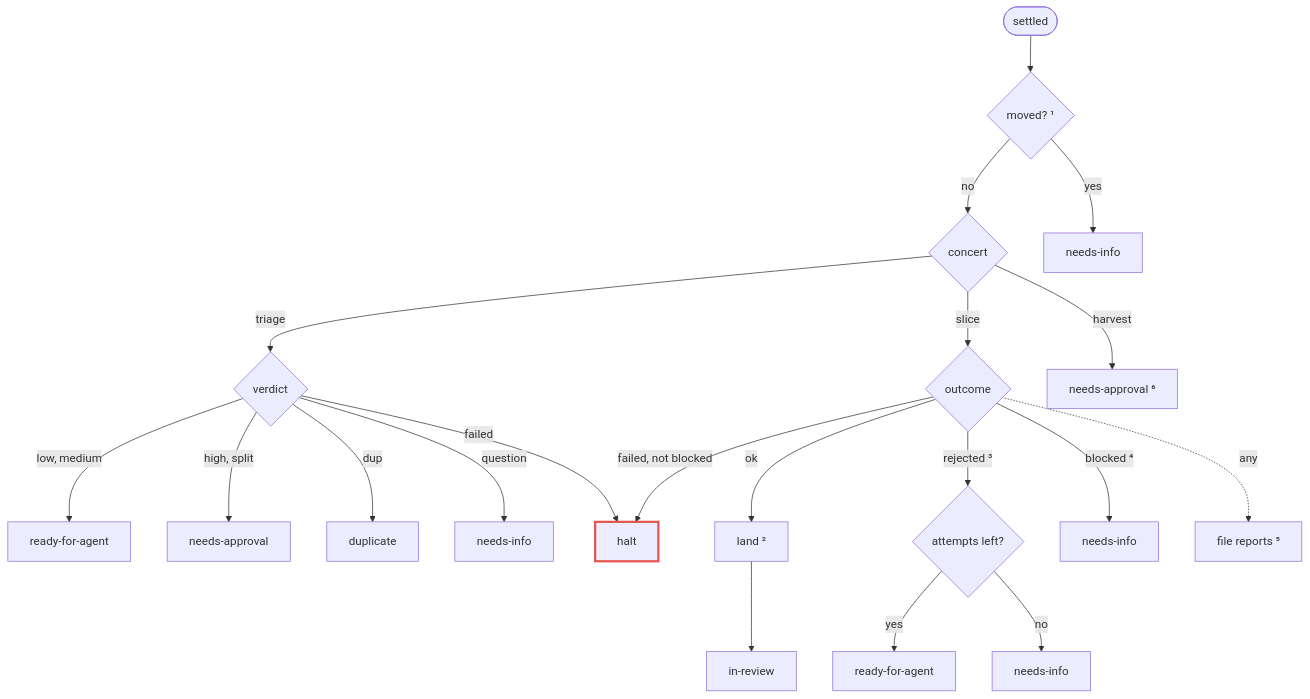
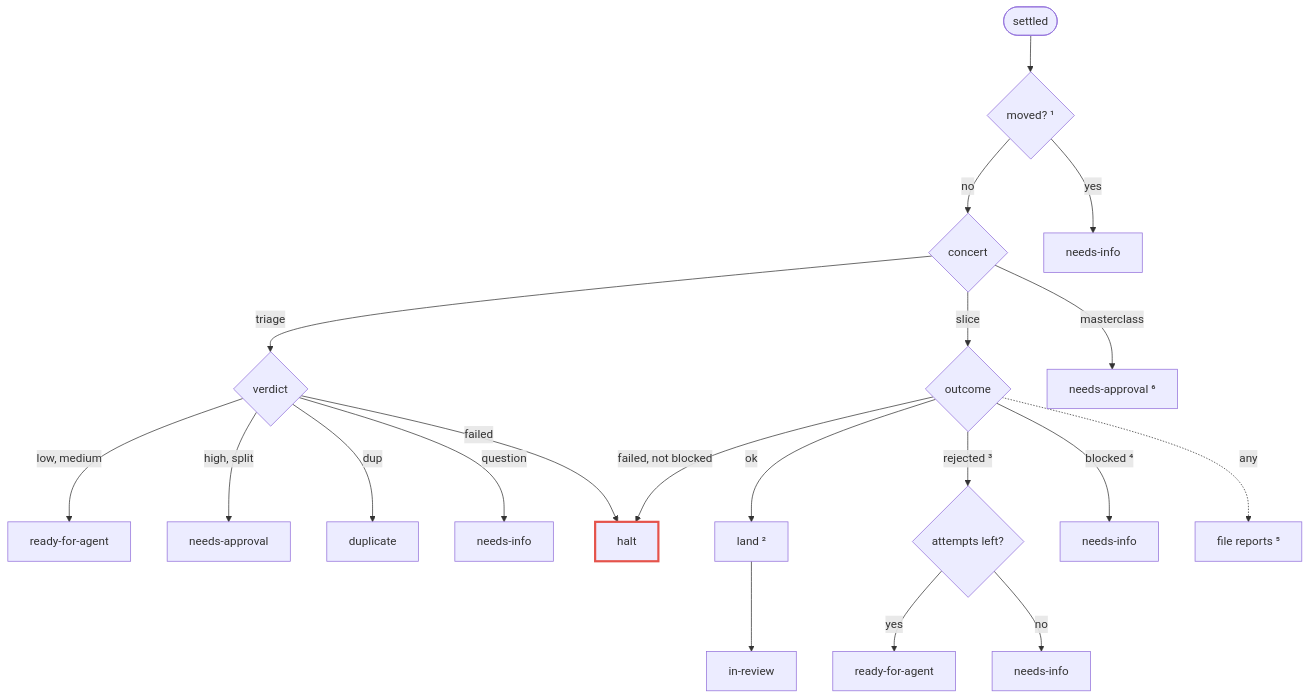
One commit to dvalnn/maestro changed the fourth of 5 diagrams in docs/agents/factory.md. Above: the diagram before and after it, drawn with Mermaid. The commit also changed other lines of this file and 11 other files, not shown here.

First line of the commit message:
refactor(factory): rename harvest to masterclass

````diff
--- a/docs/agents/factory.md
+++ b/docs/agents/factory.md
@@ -128,24 +128,24 @@
 ```mermaid
 flowchart TD
     S(["settled"]) --> M{"moved? ¹"}
     M -->|no| K{"concert"}
     K -->|triage| V{"verdict"}
     V -->|"low, medium"| RA["ready-for-agent"]
     V -->|"high, split"| NA["needs-approval"]
     V -->|dup| DU["duplicate"]
     V -->|question| NI1["needs-info"]
     V -->|failed| HALT
     K -->|slice| O{"outcome"}
     O -->|ok| LAND["land ²"] --> IR["in-review"]
     O -->|"rejected ³"| A{"attempts left?"}
     A -->|yes| RA2["ready-for-agent"]
     A -->|no| NI2["needs-info"]
     O -->|"blocked ⁴"| NI3["needs-info"]
     O -->|"failed, not blocked"| HALT["halt"]
     O -.->|any| REP["file reports ⁵"]
-    K -->|harvest| PR["needs-approval ⁶"]
+    K -->|masterclass| PR["needs-approval ⁶"]
     M -->|yes| PK["needs-info"]
 
     classDef fault stroke:#e5534b,stroke-width:3px
     class HALT fault
 ```
````
